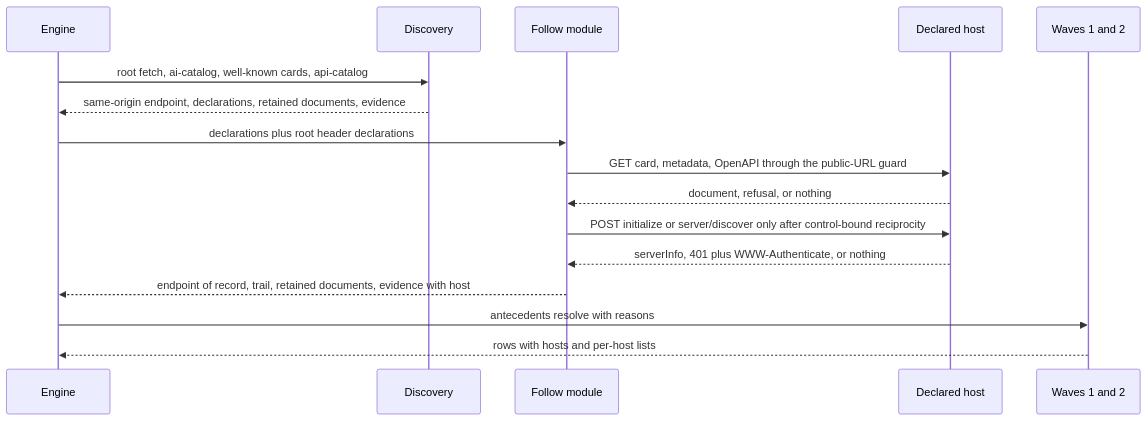
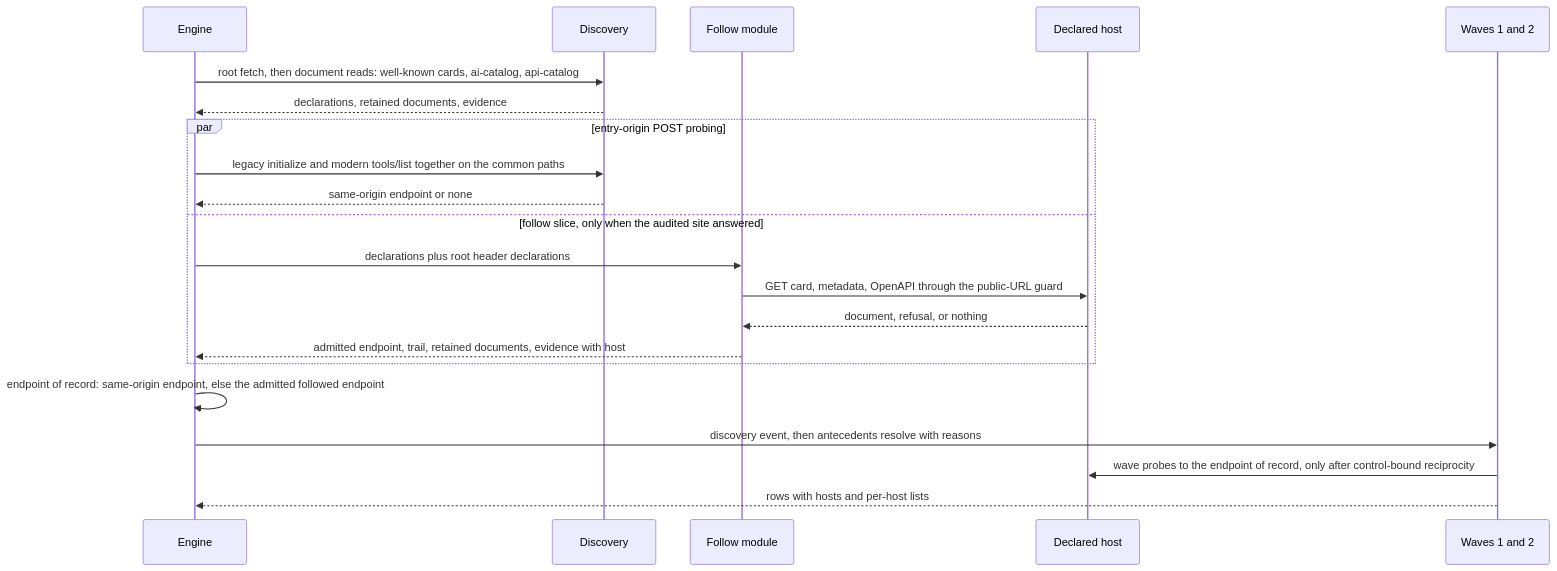
The first of 3 diagrams in docs/plans/2026-09-10-1315-feat-declared-host-evaluation-spec-drift-plan.md (brettdavies/agentnative-site), drawn with Mermaid before and after one commit. The commit also changed other lines of this file, not shown here.

First line of the commit message:
docs(plan): record eng and design reviews of declared-host evaluation

````diff
--- a/docs/plans/2026-09-10-1315-feat-declared-host-evaluation-spec-drift-plan.md
+++ b/docs/plans/2026-09-10-1315-feat-declared-host-evaluation-spec-drift-plan.md
@@ -567,18 +606,23 @@
 ```mermaid
 sequenceDiagram
   participant E as Engine
   participant D as Discovery
   participant F as Follow module
   participant H as Declared host
   participant W as Waves 1 and 2
-  E->>D: root fetch, ai-catalog, well-known cards, api-catalog
-  D-->>E: same-origin endpoint, declarations, retained documents, evidence
-  E->>F: declarations plus root header declarations
-  F->>H: GET card, metadata, OpenAPI through the public-URL guard
-  H-->>F: document, refusal, or nothing
-  F->>H: POST initialize or server/discover only after control-bound reciprocity
-  H-->>F: serverInfo, 401 plus WWW-Authenticate, or nothing
-  F-->>E: endpoint of record, trail, retained documents, evidence with host
-  E->>W: antecedents resolve with reasons
+  E->>D: root fetch, then document reads: well-known cards, ai-catalog, api-catalog
+  D-->>E: declarations, retained documents, evidence
+  par entry-origin POST probing
+    E->>D: legacy initialize and modern tools/list together on the common paths
+    D-->>E: same-origin endpoint or none
+  and follow slice, only when the audited site answered
+    E->>F: declarations plus root header declarations
+    F->>H: GET card, metadata, OpenAPI through the public-URL guard
+    H-->>F: document, refusal, or nothing
+    F-->>E: admitted endpoint, trail, retained documents, evidence with host
+  end
+  E->>E: endpoint of record: same-origin endpoint, else the admitted followed endpoint
+  E->>W: discovery event, then antecedents resolve with reasons
+  W->>H: wave probes to the endpoint of record, only after control-bound reciprocity
   W-->>E: rows with hosts and per-host lists
 ```
````
